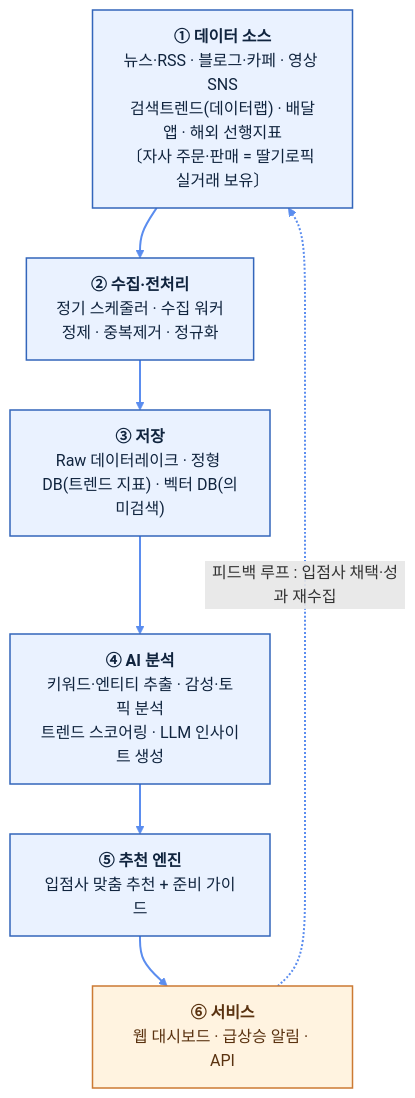
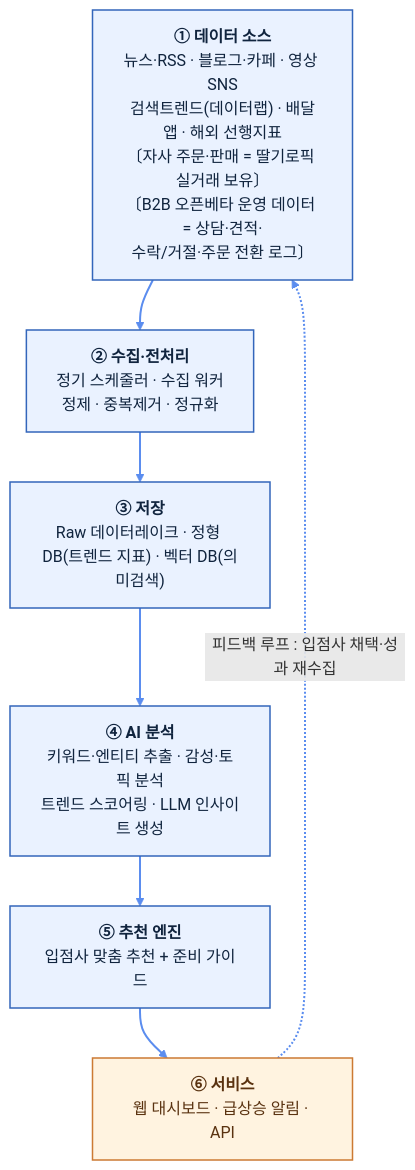
Before and after one commit to hsw4606/ddagiro-tips-task: the diagram in docs/02_트렌드분석추천시스템_기획.md, drawn with Mermaid. The commit also changed other lines of this file and 8 other files, not shown here.

````diff
--- a/docs/02_트렌드분석추천시스템_기획.md
+++ b/docs/02_트렌드분석추천시스템_기획.md
@@ -34,18 +38,18 @@
 ```mermaid
 flowchart TB
-    SRC["<b>① 데이터 소스</b><br/>뉴스·RSS · 블로그·카페 · 영상 SNS<br/>검색트렌드(데이터랩) · 배달앱 · 해외 선행지표<br/>〔자사 주문·판매 = 딸기로픽 실거래 보유〕"]
+    SRC["<b>① 데이터 소스</b><br/>뉴스·RSS · 블로그·카페 · 영상 SNS<br/>검색트렌드(데이터랩) · 배달앱 · 해외 선행지표<br/>〔자사 주문·판매 = 딸기로픽 실거래 보유〕<br/>〔B2B 오픈베타 운영 데이터 = 상담·견적·<br/>수락/거절·주문 전환 로그〕"]
     ING["<b>② 수집·전처리</b><br/>정기 스케줄러 · 수집 워커<br/>정제 · 중복제거 · 정규화"]
     STORE["<b>③ 저장</b><br/>Raw 데이터레이크 · 정형 DB(트렌드 지표) · 벡터 DB(의미검색)"]
     AI["<b>④ AI 분석</b><br/>키워드·엔티티 추출 · 감성·토픽 분석<br/>트렌드 스코어링 · LLM 인사이트 생성"]
     REC["<b>⑤ 추천 엔진</b><br/>입점사 맞춤 추천 + 준비 가이드"]
     OUT["<b>⑥ 서비스</b><br/>웹 대시보드 · 급상승 알림 · API"]
 
     SRC ==> ING ==> STORE ==> AI ==> REC ==> OUT
     OUT -. "피드백 루프 : 입점사 채택·성과 재수집" .-> SRC
 
     classDef stage fill:#eaf2ff,stroke:#3366bb,stroke-width:1.5px,color:#10243e;
     classDef out fill:#fff3e0,stroke:#cc7a33,stroke-width:1.5px,color:#5a3210;
     class SRC,ING,STORE,AI,REC stage;
     class OUT out;
     linkStyle default stroke:#5b8def,stroke-width:2px;
 ```
````
